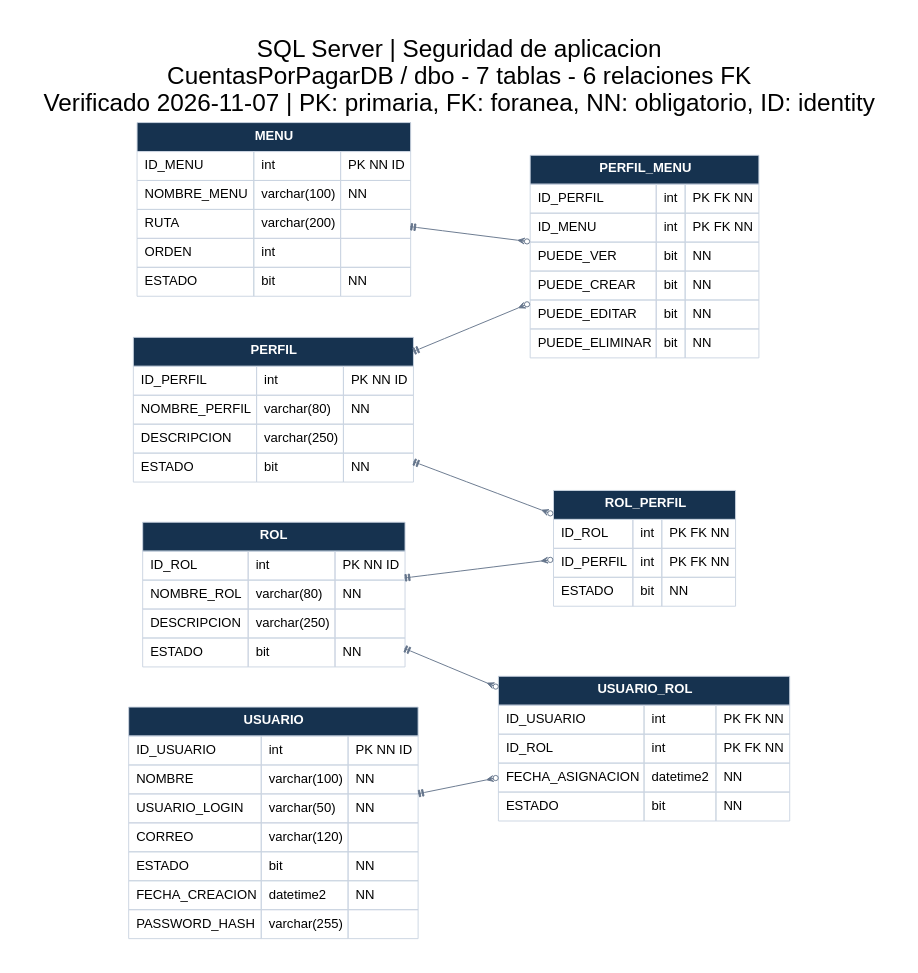
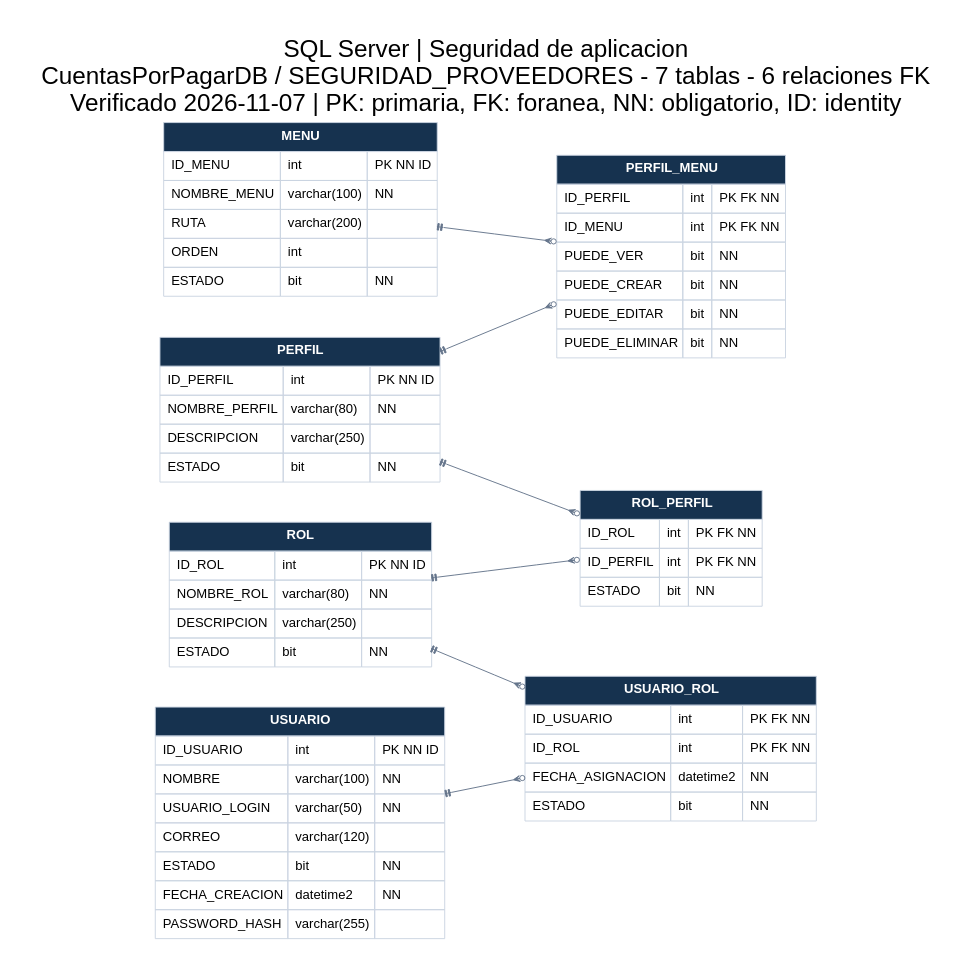
Before and after one commit to SB-fmayen/PROYECTO-PROVEEDORES: the diagram in docs/mer/final/sqlserver.dot, drawn with Graphviz. The commit also changed 18 other files, not shown here.

First line of the commit message:
fix: restore schema grants through the current owner and verify completed migration

```diff
--- a/docs/mer/final/sqlserver.dot
+++ b/docs/mer/final/sqlserver.dot
@@ -1,18 +1,18 @@
 digraph MER {
-graph [rankdir=LR, bgcolor="white", pad=0.4, nodesep=0.6, ranksep=1.2, splines=polyline, fontname="Arial", labelloc=t, labeljust=l, fontsize=26, label="SQL Server | Seguridad de aplicacion\nCuentasPorPagarDB / dbo - 7 tablas - 6 relaciones FK\nVerificado 2026-11-07 | PK: primaria, FK: foranea, NN: obligatorio, ID: identity"];
+graph [rankdir=LR, bgcolor="white", pad=0.4, nodesep=0.6, ranksep=1.2, splines=polyline, fontname="Arial", labelloc=t, labeljust=l, fontsize=26, label="SQL Server | Seguridad de aplicacion\nCuentasPorPagarDB / SEGURIDAD_PROVEEDORES - 7 tablas - 6 relaciones FK\nVerificado 2026-11-07 | PK: primaria, FK: foranea, NN: obligatorio, ID: identity"];
 node [shape=plain, fontname="Arial"];
 edge [color="#64748b", arrowsize=0.7, fontname="Arial", fontsize=10];
 "MENU" [label=<<TABLE BORDER="0" CELLBORDER="1" CELLSPACING="0" CELLPADDING="7" COLOR="#cbd5e1"><TR><TD COLSPAN="3" BGCOLOR="#16324f"><FONT COLOR="white"><B>MENU</B></FONT></TD></TR><TR><TD ALIGN="LEFT" PORT="ID_MENU">ID_MENU</TD><TD ALIGN="LEFT">int</TD><TD ALIGN="LEFT">PK NN ID</TD></TR><TR><TD ALIGN="LEFT" PORT="NOMBRE_MENU">NOMBRE_MENU</TD><TD ALIGN="LEFT">varchar(100)</TD><TD ALIGN="LEFT">NN</TD></TR><TR><TD ALIGN="LEFT" PORT="RUTA">RUTA</TD><TD ALIGN="LEFT">varchar(200)</TD><TD ALIGN="LEFT"></TD></TR><TR><TD ALIGN="LEFT" PORT="ORDEN">ORDEN</TD><TD ALIGN="LEFT">int</TD><TD ALIGN="LEFT"></TD></TR><TR><TD ALIGN="LEFT" PORT="ESTADO">ESTADO</TD><TD ALIGN="LEFT">bit</TD><TD ALIGN="LEFT">NN</TD></TR></TABLE>>];
 "PERFIL" [label=<<TABLE BORDER="0" CELLBORDER="1" CELLSPACING="0" CELLPADDING="7" COLOR="#cbd5e1"><TR><TD COLSPAN="3" BGCOLOR="#16324f"><FONT COLOR="white"><B>PERFIL</B></FONT></TD></TR><TR><TD ALIGN="LEFT" PORT="ID_PERFIL">ID_PERFIL</TD><TD ALIGN="LEFT">int</TD><TD ALIGN="LEFT">PK NN ID</TD></TR><TR><TD ALIGN="LEFT" PORT="NOMBRE_PERFIL">NOMBRE_PERFIL</TD><TD ALIGN="LEFT">varchar(80)</TD><TD ALIGN="LEFT">NN</TD></TR><TR><TD ALIGN="LEFT" PORT="DESCRIPCION">DESCRIPCION</TD><TD ALIGN="LEFT">varchar(250)</TD><TD ALIGN="LEFT"></TD></TR><TR><TD ALIGN="LEFT" PORT="ESTADO">ESTADO</TD><TD ALIGN="LEFT">bit</TD><TD ALIGN="LEFT">NN</TD></TR></TABLE>>];
 "PERFIL_MENU" [label=<<TABLE BORDER="0" CELLBORDER="1" CELLSPACING="0" CELLPADDING="7" COLOR="#cbd5e1"><TR><TD COLSPAN="3" BGCOLOR="#16324f"><FONT COLOR="white"><B>PERFIL_MENU</B></FONT></TD></TR><TR><TD ALIGN="LEFT" PORT="ID_PERFIL">ID_PERFIL</TD><TD ALIGN="LEFT">int</TD><TD ALIGN="LEFT">PK FK NN</TD></TR><TR><TD ALIGN="LEFT" PORT="ID_MENU">ID_MENU</TD><TD ALIGN="LEFT">int</TD><TD ALIGN="LEFT">PK FK NN</TD></TR><TR><TD ALIGN="LEFT" PORT="PUEDE_VER">PUEDE_VER</TD><TD ALIGN="LEFT">bit</TD><TD ALIGN="LEFT">NN</TD></TR><TR><TD ALIGN="LEFT" PORT="PUEDE_CREAR">PUEDE_CREAR</TD><TD ALIGN="LEFT">bit</TD><TD ALIGN="LEFT">NN</TD></TR><TR><TD ALIGN="LEFT" PORT="PUEDE_EDITAR">PUEDE_EDITAR</TD><TD ALIGN="LEFT">bit</TD><TD ALIGN="LEFT">NN</TD></TR><TR><TD ALIGN="LEFT" PORT="PUEDE_ELIMINAR">PUEDE_ELIMINAR</TD><TD ALIGN="LEFT">bit</TD><TD ALIGN="LEFT">NN</TD></TR></TABLE>>];
 "ROL" [label=<<TABLE BORDER="0" CELLBORDER="1" CELLSPACING="0" CELLPADDING="7" COLOR="#cbd5e1"><TR><TD COLSPAN="3" BGCOLOR="#16324f"><FONT COLOR="white"><B>ROL</B></FONT></TD></TR><TR><TD ALIGN="LEFT" PORT="ID_ROL">ID_ROL</TD><TD ALIGN="LEFT">int</TD><TD ALIGN="LEFT">PK NN ID</TD></TR><TR><TD ALIGN="LEFT" PORT="NOMBRE_ROL">NOMBRE_ROL</TD><TD ALIGN="LEFT">varchar(80)</TD><TD ALIGN="LEFT">NN</TD></TR><TR><TD ALIGN="LEFT" PORT="DESCRIPCION">DESCRIPCION</TD><TD ALIGN="LEFT">varchar(250)</TD><TD ALIGN="LEFT"></TD></TR><TR><TD ALIGN="LEFT" PORT="ESTADO">ESTADO</TD><TD ALIGN="LEFT">bit</TD><TD ALIGN="LEFT">NN</TD></TR></TABLE>>];
 "ROL_PERFIL" [label=<<TABLE BORDER="0" CELLBORDER="1" CELLSPACING="0" CELLPADDING="7" COLOR="#cbd5e1"><TR><TD COLSPAN="3" BGCOLOR="#16324f"><FONT COLOR="white"><B>ROL_PERFIL</B></FONT></TD></TR><TR><TD ALIGN="LEFT" PORT="ID_ROL">ID_ROL</TD><TD ALIGN="LEFT">int</TD><TD ALIGN="LEFT">PK FK NN</TD></TR><TR><TD ALIGN="LEFT" PORT="ID_PERFIL">ID_PERFIL</TD><TD ALIGN="LEFT">int</TD><TD ALIGN="LEFT">PK FK NN</TD></TR><TR><TD ALIGN="LEFT" PORT="ESTADO">ESTADO</TD><TD ALIGN="LEFT">bit</TD><TD ALIGN="LEFT">NN</TD></TR></TABLE>>];
 "USUARIO" [label=<<TABLE BORDER="0" CELLBORDER="1" CELLSPACING="0" CELLPADDING="7" COLOR="#cbd5e1"><TR><TD COLSPAN="3" BGCOLOR="#16324f"><FONT COLOR="white"><B>USUARIO</B></FONT></TD></TR><TR><TD ALIGN="LEFT" PORT="ID_USUARIO">ID_USUARIO</TD><TD ALIGN="LEFT">int</TD><TD ALIGN="LEFT">PK NN ID</TD></TR><TR><TD ALIGN="LEFT" PORT="NOMBRE">NOMBRE</TD><TD ALIGN="LEFT">varchar(100)</TD><TD ALIGN="LEFT">NN</TD></TR><TR><TD ALIGN="LEFT" PORT="USUARIO_LOGIN">USUARIO_LOGIN</TD><TD ALIGN="LEFT">varchar(50)</TD><TD ALIGN="LEFT">NN</TD></TR><TR><TD ALIGN="LEFT" PORT="CORREO">CORREO</TD><TD ALIGN="LEFT">varchar(120)</TD><TD ALIGN="LEFT"></TD></TR><TR><TD ALIGN="LEFT" PORT="ESTADO">ESTADO</TD><TD ALIGN="LEFT">bit</TD><TD ALIGN="LEFT">NN</TD></TR><TR><TD ALIGN="LEFT" PORT="FECHA_CREACION">FECHA_CREACION</TD><TD ALIGN="LEFT">datetime2</TD><TD ALIGN="LEFT">NN</TD></TR><TR><TD ALIGN="LEFT" PORT="PASSWORD_HASH">PASSWORD_HASH</TD><TD ALIGN="LEFT">varchar(255)</TD><TD ALIGN="LEFT"></TD></TR></TABLE>>];
 "USUARIO_ROL" [label=<<TABLE BORDER="0" CELLBORDER="1" CELLSPACING="0" CELLPADDING="7" COLOR="#cbd5e1"><TR><TD COLSPAN="3" BGCOLOR="#16324f"><FONT COLOR="white"><B>USUARIO_ROL</B></FONT></TD></TR><TR><TD ALIGN="LEFT" PORT="ID_USUARIO">ID_USUARIO</TD><TD ALIGN="LEFT">int</TD><TD ALIGN="LEFT">PK FK NN</TD></TR><TR><TD ALIGN="LEFT" PORT="ID_ROL">ID_ROL</TD><TD ALIGN="LEFT">int</TD><TD ALIGN="LEFT">PK FK NN</TD></TR><TR><TD ALIGN="LEFT" PORT="FECHA_ASIGNACION">FECHA_ASIGNACION</TD><TD ALIGN="LEFT">datetime2</TD><TD ALIGN="LEFT">NN</TD></TR><TR><TD ALIGN="LEFT" PORT="ESTADO">ESTADO</TD><TD ALIGN="LEFT">bit</TD><TD ALIGN="LEFT">NN</TD></TR></TABLE>>];
 "MENU" -> "PERFIL_MENU" [dir=both, arrowtail=teetee, arrowhead=odotcrow, tooltip="FK_PERFIL_MENU_MENU: ID_MENU -> ID_MENU"];
 "PERFIL" -> "PERFIL_MENU" [dir=both, arrowtail=teetee, arrowhead=odotcrow, tooltip="FK_PERFIL_MENU_PERFIL: ID_PERFIL -> ID_PERFIL"];
 "PERFIL" -> "ROL_PERFIL" [dir=both, arrowtail=teetee, arrowhead=odotcrow, tooltip="FK_ROL_PERFIL_PERFIL: ID_PERFIL -> ID_PERFIL"];
 "ROL" -> "ROL_PERFIL" [dir=both, arrowtail=teetee, arrowhead=odotcrow, tooltip="FK_ROL_PERFIL_ROL: ID_ROL -> ID_ROL"];
 "ROL" -> "USUARIO_ROL" [dir=both, arrowtail=teetee, arrowhead=odotcrow, tooltip="FK_USUARIO_ROL_ROL: ID_ROL -> ID_ROL"];
 "USUARIO" -> "USUARIO_ROL" [dir=both, arrowtail=teetee, arrowhead=odotcrow, tooltip="FK_USUARIO_ROL_USUARIO: ID_USUARIO -> ID_USUARIO"];
 }
```
